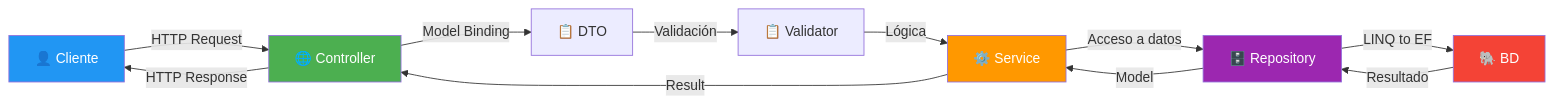
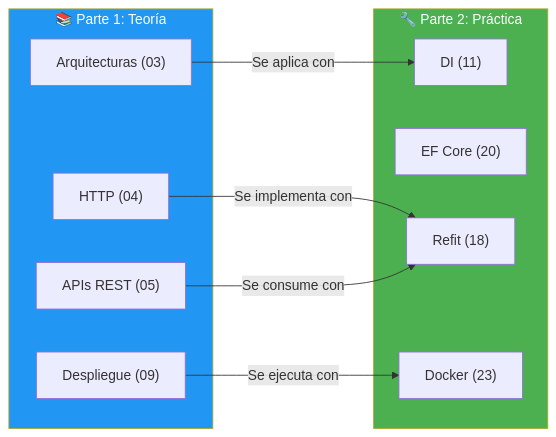
The third of 3 diagrams in 25-resumen.md (joseluisgs/DesarrolloWebEntornosServidor-01-2026-2027), drawn with Mermaid before and after one commit. The commit also changed other lines of this file and 18 other files, not shown here.

````diff
--- a/25-resumen.md
+++ b/25-resumen.md
@@ -233,19 +111,24 @@
 ```mermaid
 graph LR
-    A["👤 Cliente"] -->|"HTTP Request"| B["🌐 Controller"]
-    B -->|"Model Binding"| C["📋 DTO"]
-    C -->|"Validación"| D["📋 Validator"]
-    D -->|"Lógica"| E["⚙️ Service"]
-    E -->|"Acceso a datos"| F["🗄️ Repository"]
-    F -->|"LINQ to EF"| G["🐘 BD"]
-    G -->|"Resultado"| F
-    F -->|"Model"| E
-    E -->|"Result<T>"| B
-    B -->|"HTTP Response"| A
+    subgraph PARTE1["📚 Parte 1: Teoría"]
+        A["HTTP (04)"]
+        B["APIs REST (05)"]
+        C["Arquitecturas (03)"]
+        D["Despliegue (09)"]
+    end
 
-    style A fill:#2196F3,color:#fff
-    style B fill:#4CAF50,color:#fff
-    style E fill:#FF9800,color:#fff
-    style F fill:#9C27B0,color:#fff
-    style G fill:#f44336,color:#fff
+    subgraph PARTE2["🔧 Parte 2: Práctica"]
+        E["DI (11)"]
+        F["EF Core (20)"]
+        G["Refit (18)"]
+        H["Docker (23)"]
+    end
+
+    A -->|"Se implementa con"| G
+    B -->|"Se consume con"| G
+    C -->|"Se aplica con"| E
+    D -->|"Se ejecuta con"| H
+
+    style PARTE1 fill:#2196F3,color:#fff
+    style PARTE2 fill:#4CAF50,color:#fff
 ```
````
